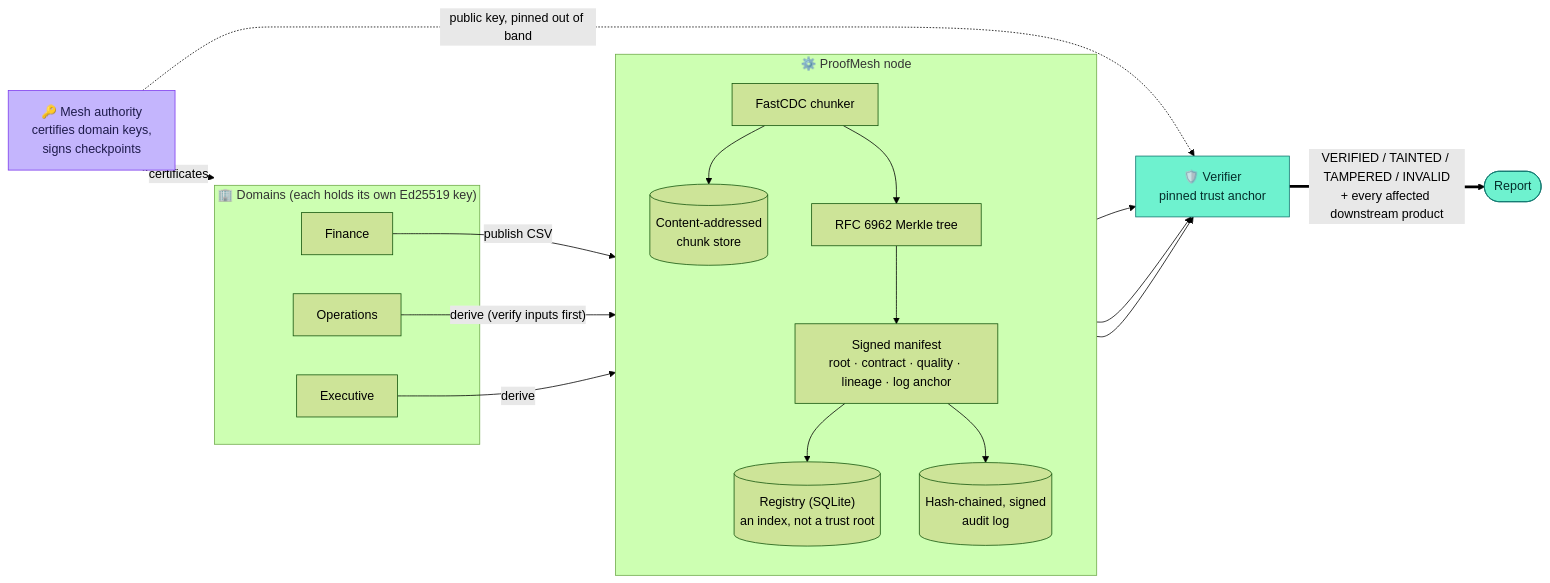
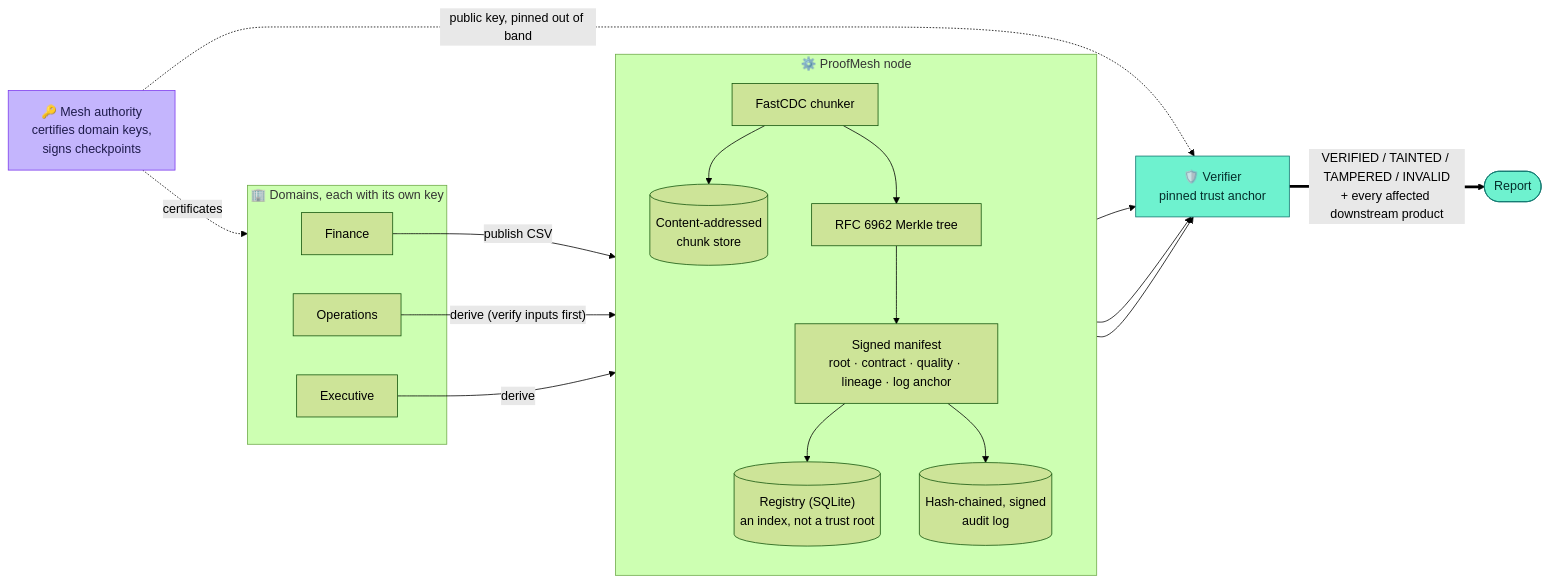
The first of 5 diagrams in README.md (harshh-2505/ProofMesh), drawn with Mermaid (forest theme) before and after one commit. The commit also changed other lines of this file, not shown here.

First line of the commit message:
README: fix sequence diagram labels that Mermaid read as entities

````diff
--- a/README.md
+++ b/README.md
@@ -118,35 +118,35 @@
 ```mermaid
 flowchart LR
-    subgraph D["🏢 Domains (each holds its own Ed25519 key)"]
+    subgraph D["🏢 Domains, each with its own key"]
         FIN["Finance"]
         OPS["Operations"]
         EXE["Executive"]
     end
 
     subgraph N["⚙️ ProofMesh node"]
         direction TB
         CDC["FastCDC chunker"] --> CAS[("Content-addressed<br/>chunk store")]
         CDC --> MT["RFC 6962 Merkle tree"]
         MT --> MAN["Signed manifest<br/>root · contract · quality · lineage · log anchor"]
         MAN --> REG[("Registry (SQLite)<br/>an index, not a trust root")]
         MAN --> LOG[("Hash-chained, signed<br/>audit log")]
     end
 
     AUTH["🔑 Mesh authority<br/>certifies domain keys,<br/>signs checkpoints"]
     V["🛡️ Verifier<br/>pinned trust anchor"]
 
     FIN -- "publish CSV" --> CDC
     OPS -- "derive (verify inputs first)" --> MAN
     EXE -- "derive" --> MAN
     AUTH -. certificates .-> D
     REG --> V
     CAS --> V
     LOG --> V
     AUTH -. "public key, pinned out of band" .-> V
     V == "VERIFIED / TAINTED / TAMPERED / INVALID<br/>+ every affected downstream product" ==> OUT(["Report"])
 
     classDef auth fill:#c4b5fd,stroke:#7c3aed,color:#1e1b4b
     classDef ver fill:#6ef2cf,stroke:#0f766e,color:#052e2b
     class AUTH auth
     class V,OUT ver
 ```
````
